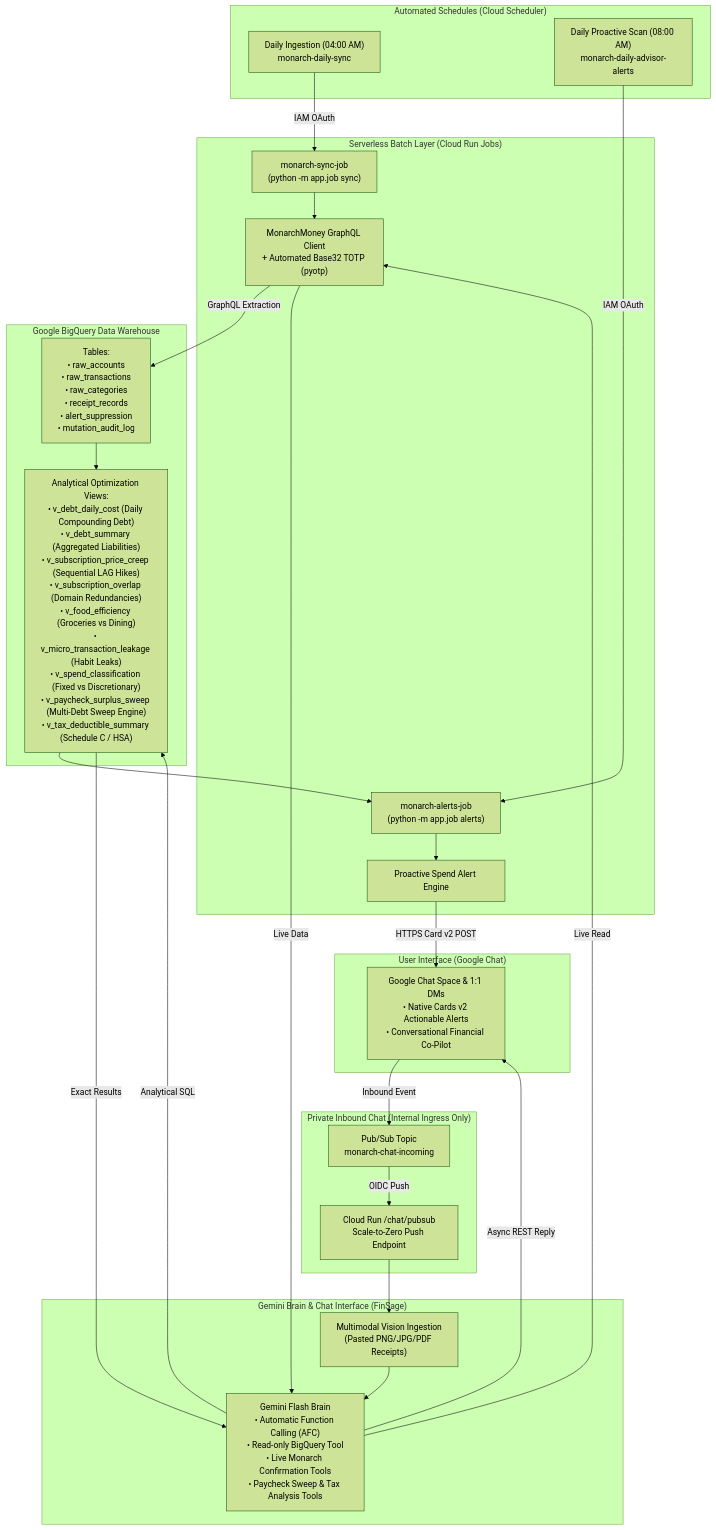
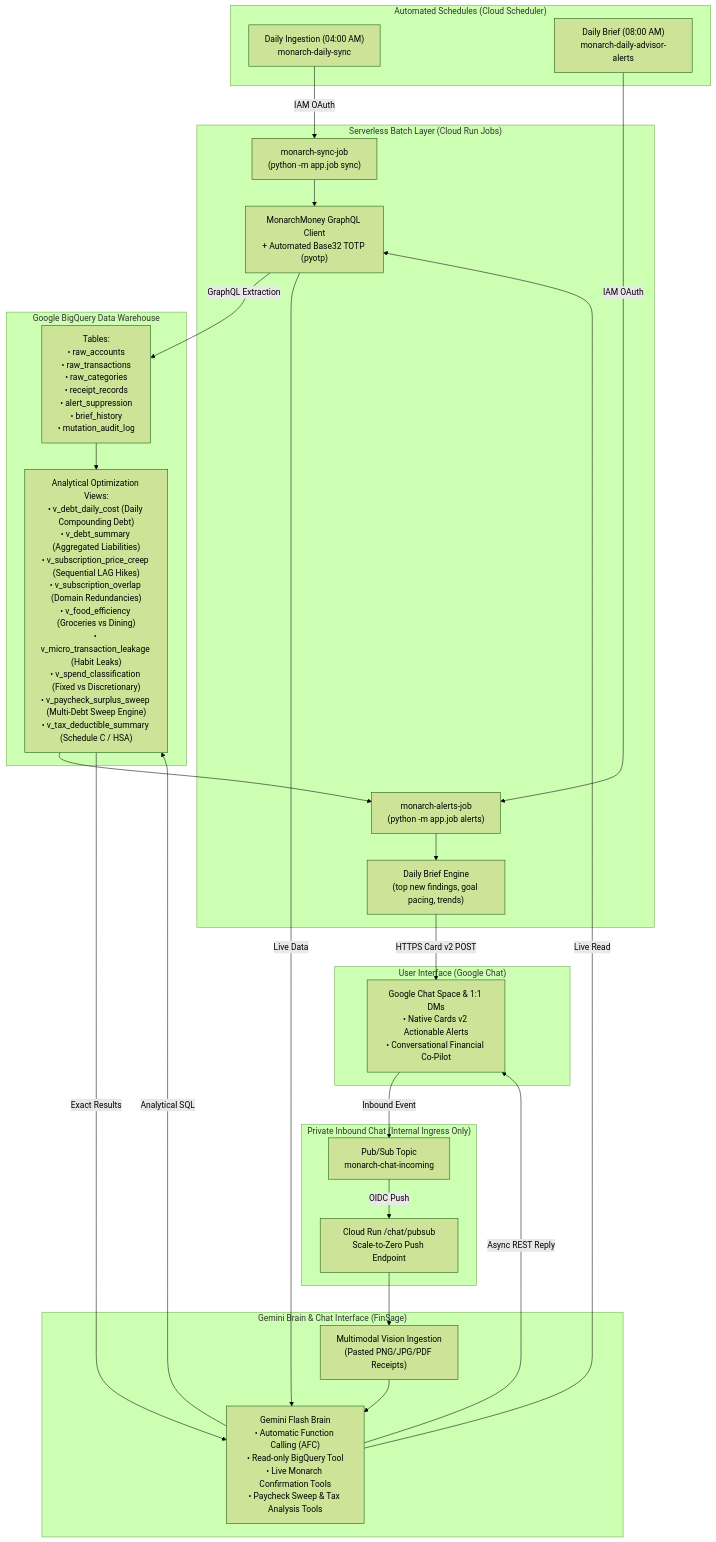
The diagram in README.md (n0012/family-financial-intelligence-hub), drawn with Mermaid (forest theme) before and after one commit. The commit also changed other lines of this file and 6 other files, not shown here.

````diff
--- a/README.md
+++ b/README.md
@@ -47,53 +47,53 @@
 ```mermaid
 flowchart TD
     subgraph Scheduling ["Automated Schedules (Cloud Scheduler)"]
         CronSync["Daily Ingestion (04:00 AM)<br/>monarch-daily-sync"]
-        CronAlert["Daily Proactive Scan (08:00 AM)<br/>monarch-daily-advisor-alerts"]
+        CronAlert["Daily Brief (08:00 AM)<br/>monarch-daily-advisor-alerts"]
     end
 
     subgraph BatchLayer ["Serverless Batch Layer (Cloud Run Jobs)"]
         JobSync["monarch-sync-job<br/>(python -m app.job sync)"]
         JobAlert["monarch-alerts-job<br/>(python -m app.job alerts)"]
         MMClient["MonarchMoney GraphQL Client<br/>+ Automated Base32 TOTP (pyotp)"]
-        AdvisorEngine["Proactive Spend Alert Engine"]
+        AdvisorEngine["Daily Brief Engine<br/>(top new findings, goal pacing, trends)"]
     end
 
     subgraph DataWarehouse ["Google BigQuery Data Warehouse"]
-        RawTables["Tables:<br/>• raw_accounts<br/>• raw_transactions<br/>• raw_categories<br/>• receipt_records<br/>• alert_suppression<br/>• mutation_audit_log"]
+        RawTables["Tables:<br/>• raw_accounts<br/>• raw_transactions<br/>• raw_categories<br/>• receipt_records<br/>• alert_suppression<br/>• brief_history<br/>• mutation_audit_log"]
         Views["Analytical Optimization Views:<br/>• v_debt_daily_cost (Daily Compounding Debt)<br/>• v_debt_summary (Aggregated Liabilities)<br/>• v_subscription_price_creep (Sequential LAG Hikes)<br/>• v_subscription_overlap (Domain Redundancies)<br/>• v_food_efficiency (Groceries vs Dining)<br/>• v_micro_transaction_leakage (Habit Leaks)<br/>• v_spend_classification (Fixed vs Discretionary)<br/>• v_paycheck_surplus_sweep (Multi-Debt Sweep Engine)<br/>• v_tax_deductible_summary (Schedule C / HSA)"]
     end
 
     subgraph PrivateIngestion ["Private Inbound Chat (Internal Ingress Only)"]
         Topic["Pub/Sub Topic<br/>monarch-chat-incoming"]
         Worker["Cloud Run /chat/pubsub<br/>Scale-to-Zero Push Endpoint"]
     end
 
     subgraph Intelligence ["Gemini Brain & Chat Interface (FinSage)"]
         GeminiFlash["Gemini Flash Brain<br/>• Automatic Function Calling (AFC)<br/>• Read-only BigQuery Tool<br/>• Live Monarch Confirmation Tools<br/>• Paycheck Sweep & Tax Analysis Tools"]
         MultimodalVision["Multimodal Vision Ingestion<br/>(Pasted PNG/JPG/PDF Receipts)"]
     end
 
     subgraph ChatSpace ["User Interface (Google Chat)"]
         GoogleChat["Google Chat Space & 1:1 DMs<br/>• Native Cards v2 Actionable Alerts<br/>• Conversational Financial Co-Pilot"]
     end
 
     CronSync -->|"IAM OAuth"| JobSync
     JobSync --> MMClient
     MMClient -->|"GraphQL Extraction"| RawTables
     RawTables --> Views
 
     CronAlert -->|"IAM OAuth"| JobAlert
     Views --> JobAlert
     JobAlert --> AdvisorEngine
     AdvisorEngine -->|"HTTPS Card v2 POST"| GoogleChat
 
     GoogleChat -->|"Inbound Event"| Topic
     Topic -->|"OIDC Push"| Worker
     Worker --> MultimodalVision
     MultimodalVision --> GeminiFlash
     GeminiFlash -->|"Analytical SQL"| Views
     Views -->|"Exact Results"| GeminiFlash
     GeminiFlash -->|"Live Read"| MMClient
     MMClient -->|"Live Data"| GeminiFlash
     GeminiFlash -->|"Async REST Reply"| GoogleChat
 ```
````
